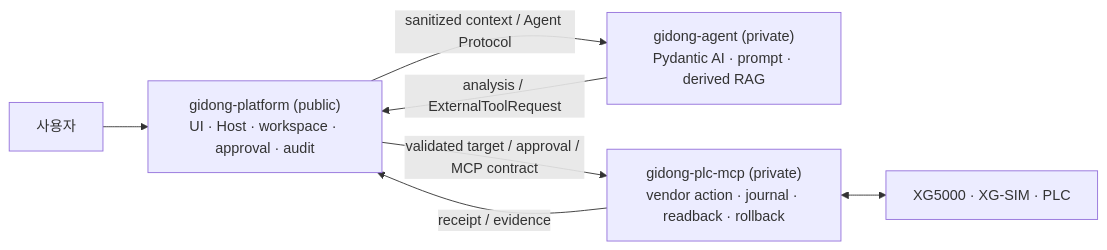
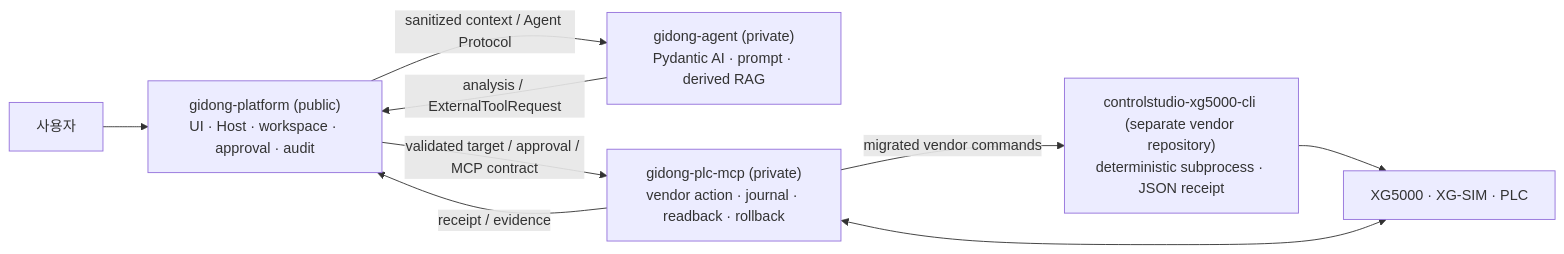
The diagram in PRD.md (gidong-controls/gidong-platform), drawn with Mermaid before and after one commit. The commit also changed other lines of this file and 1 other file, not shown here.

````diff
--- a/PRD.md
+++ b/PRD.md
@@ -234,9 +237,11 @@
 ```mermaid
 flowchart LR
     U["사용자"] --> P["gidong-platform (public)<br/>UI · Host · workspace · approval · audit"]
     P -->|"sanitized context / Agent Protocol"| A["gidong-agent (private)<br/>Pydantic AI · prompt · derived RAG"]
     A -->|"analysis / ExternalToolRequest"| P
     P -->|"validated target / approval / MCP contract"| M["gidong-plc-mcp (private)<br/>vendor action · journal · readback · rollback"]
+    M -->|"migrated vendor commands"| C["controlstudio-xg5000-cli (separate vendor repository)<br/>deterministic subprocess · JSON receipt"]
+    C --> V
     M -->|"receipt / evidence"| P
     M <--> V["XG5000 · XG-SIM · PLC"]
 ```
````
